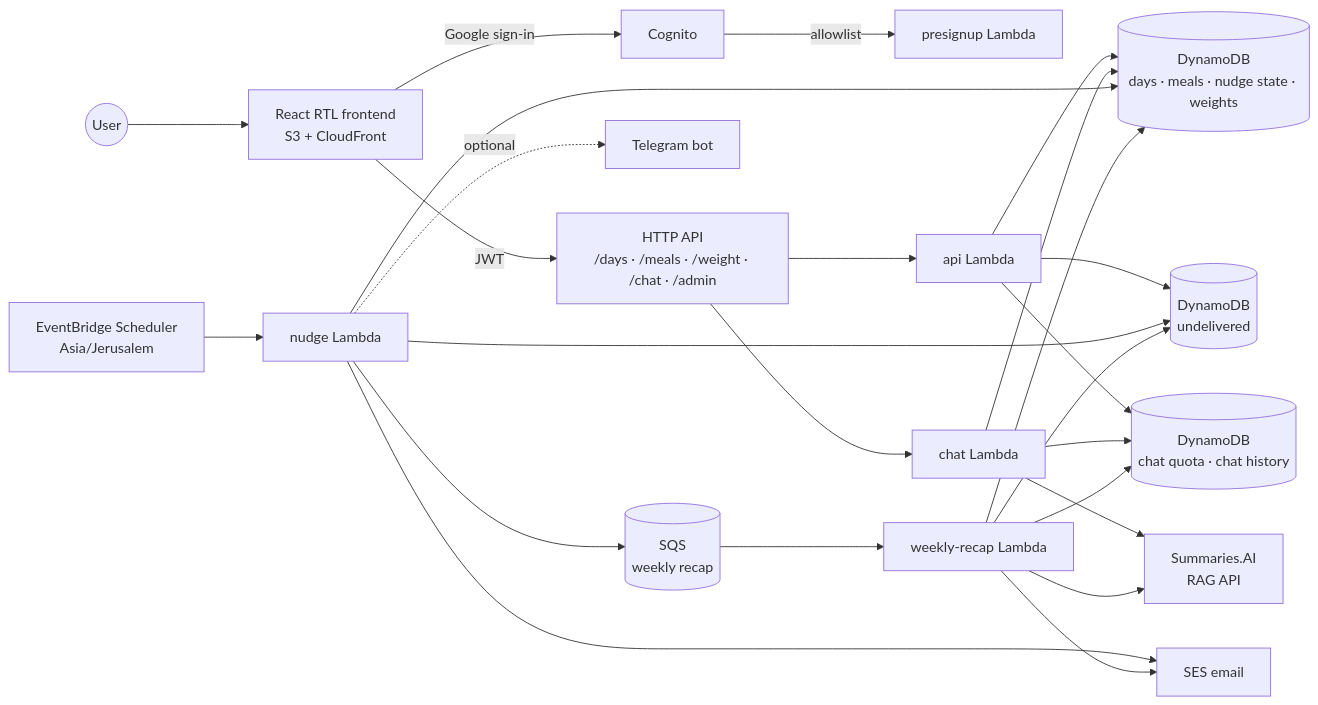
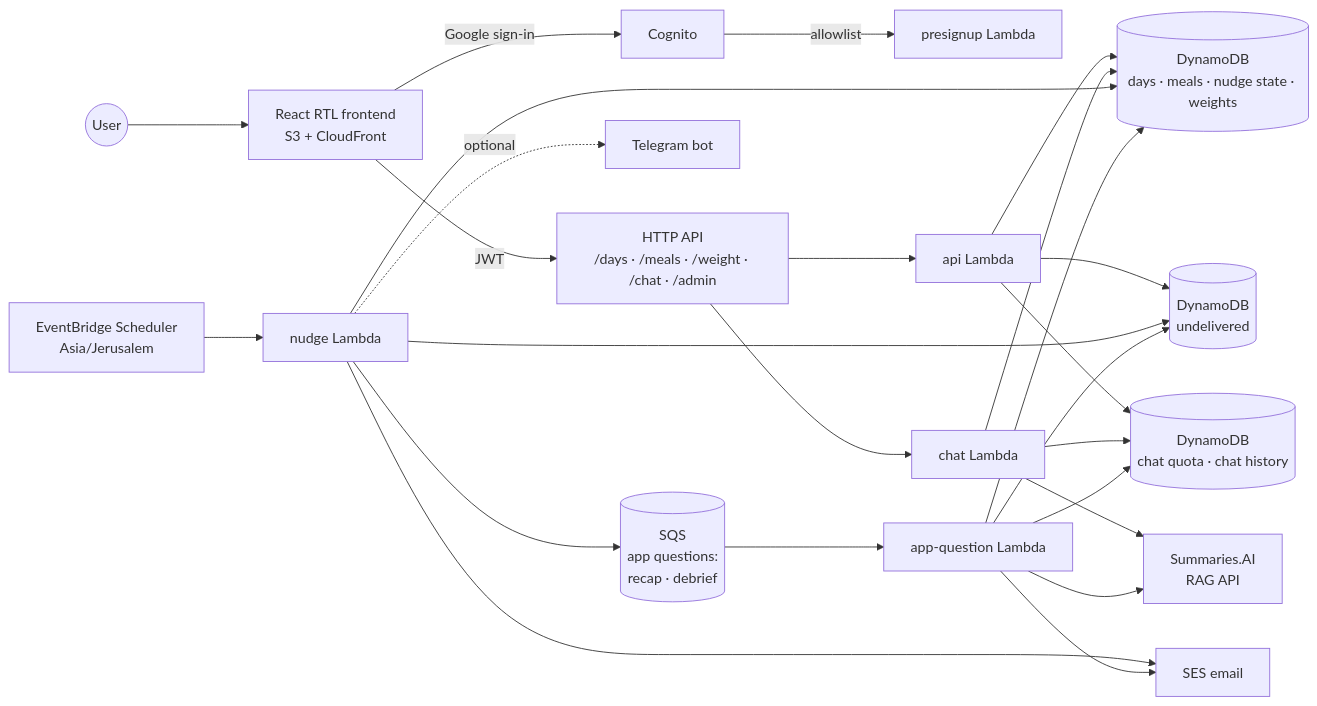
The diagram in docs/architecture.md (erancha/diet-tracker), drawn with Mermaid before and after one commit. The commit also changed other lines of this file and 24 other files, not shown here.

````diff
--- a/docs/architecture.md
+++ b/docs/architecture.md
@@ -15,27 +15,27 @@
 ```mermaid
 graph LR
     U((User)) --> FE[React RTL frontend<br/>S3 + CloudFront]
     FE -->|Google sign-in| COG[Cognito]
     COG -->|allowlist| PRE[presignup Lambda]
     FE -->|JWT| API[HTTP API<br/>/days · /meals · /weight · /chat · /admin]
     API --> APIL[api Lambda]
     API --> CHATL[chat Lambda]
     APIL --> DB[(DynamoDB<br/>days · meals · nudge state · weights)]
     APIL --> UND[(DynamoDB<br/>undelivered)]
     APIL --> CDB[(DynamoDB<br/>chat quota · chat history)]
     CHATL --> CDB
     CHATL --> DB
     CHATL --> RAG[Summaries.AI<br/>RAG API]
     SCH[EventBridge Scheduler<br/>Asia/Jerusalem] --> NUDGE[nudge Lambda]
     NUDGE --> DB
     NUDGE --> UND
     NUDGE --> SES[SES email]
     NUDGE -.optional.-> TG[Telegram bot]
-    NUDGE --> Q[(SQS<br/>weekly recap)]
-    Q --> RECAP[weekly-recap Lambda]
+    NUDGE --> Q[(SQS<br/>app questions:<br/>recap · debrief)]
+    Q --> RECAP[app-question Lambda]
     RECAP --> DB
     RECAP --> CDB
     RECAP --> UND
     RECAP --> RAG
     RECAP --> SES
 ```
````
